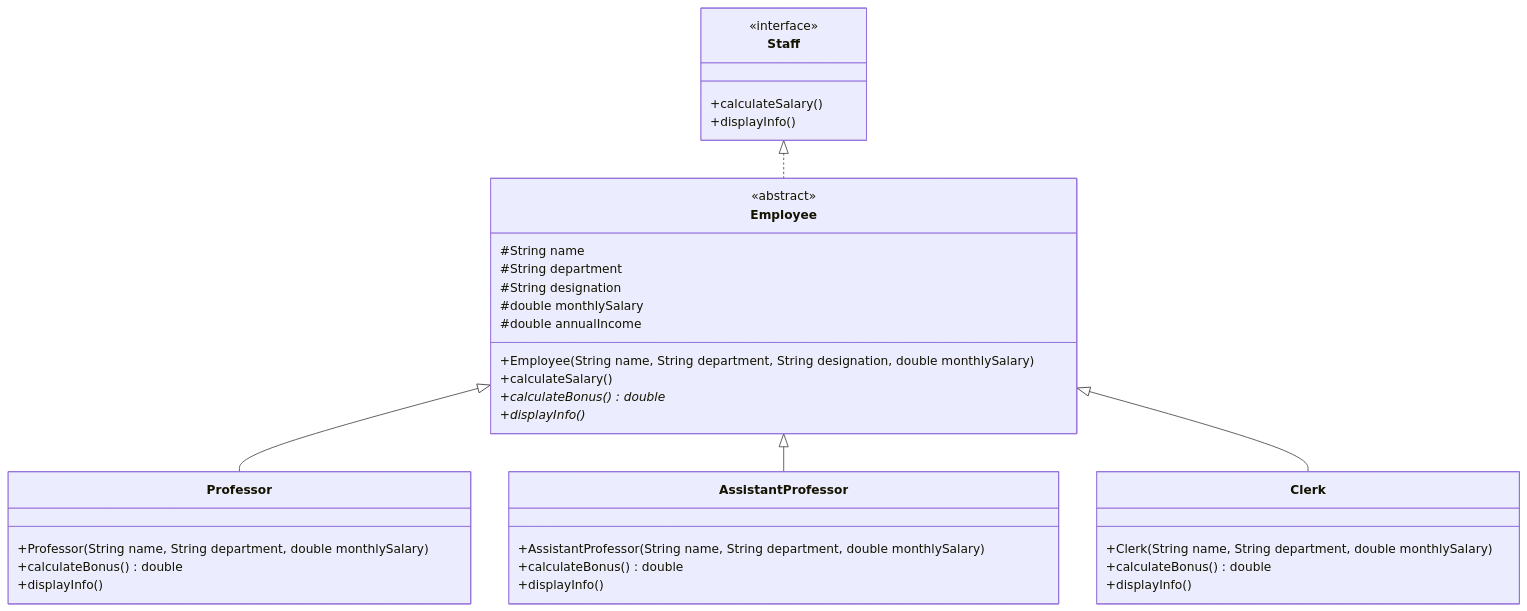
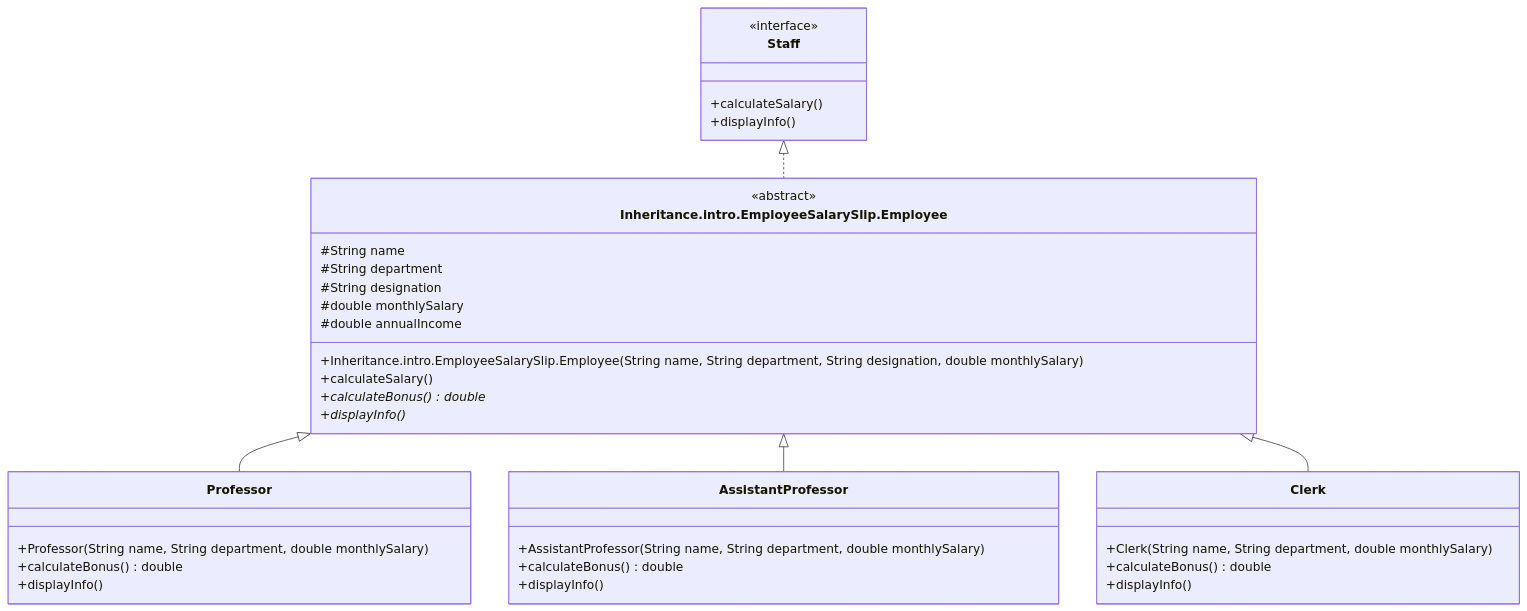
One commit to harshit001-2023/Object-Oriented-Programming-with-Java changed the diagram in universityStaff/readme.md. Above: the diagram before and after it, drawn with Mermaid. The commit also changed other lines of this file and 5 other files, not shown here.

````diff
--- a/universityStaff/readme.md
+++ b/universityStaff/readme.md
@@ -7,46 +7,46 @@
 ```mermaid
 classDiagram
     direction TB
     
     class Staff {
         <<interface>>
         +calculateSalary()
         +displayInfo()
     }
     
-    class Employee {
+    class Inheritance.intro.EmployeeSalarySlip.Employee {
         <<abstract>>
         #String name
         #String department
         #String designation
         #double monthlySalary
         #double annualIncome
-        +Employee(String name, String department, String designation, double monthlySalary)
+        +Inheritance.intro.EmployeeSalarySlip.Employee(String name, String department, String designation, double monthlySalary)
         +calculateSalary()
         +calculateBonus()* double
         +displayInfo()*
     }
     
     class Professor {
         +Professor(String name, String department, double monthlySalary)
         +calculateBonus() double
         +displayInfo()
     }
     
     class AssistantProfessor {
         +AssistantProfessor(String name, String department, double monthlySalary)
         +calculateBonus() double
         +displayInfo()
     }
     
     class Clerk {
         +Clerk(String name, String department, double monthlySalary)
         +calculateBonus() double
         +displayInfo()
     }
     
-    Staff <|.. Employee
-    Employee <|-- Professor
-    Employee <|-- AssistantProfessor
-    Employee <|-- Clerk
+    Staff <|.. Inheritance.intro.EmployeeSalarySlip.Employee
+    Inheritance.intro.EmployeeSalarySlip.Employee <|-- Professor
+    Inheritance.intro.EmployeeSalarySlip.Employee <|-- AssistantProfessor
+    Inheritance.intro.EmployeeSalarySlip.Employee <|-- Clerk
 ```
````
